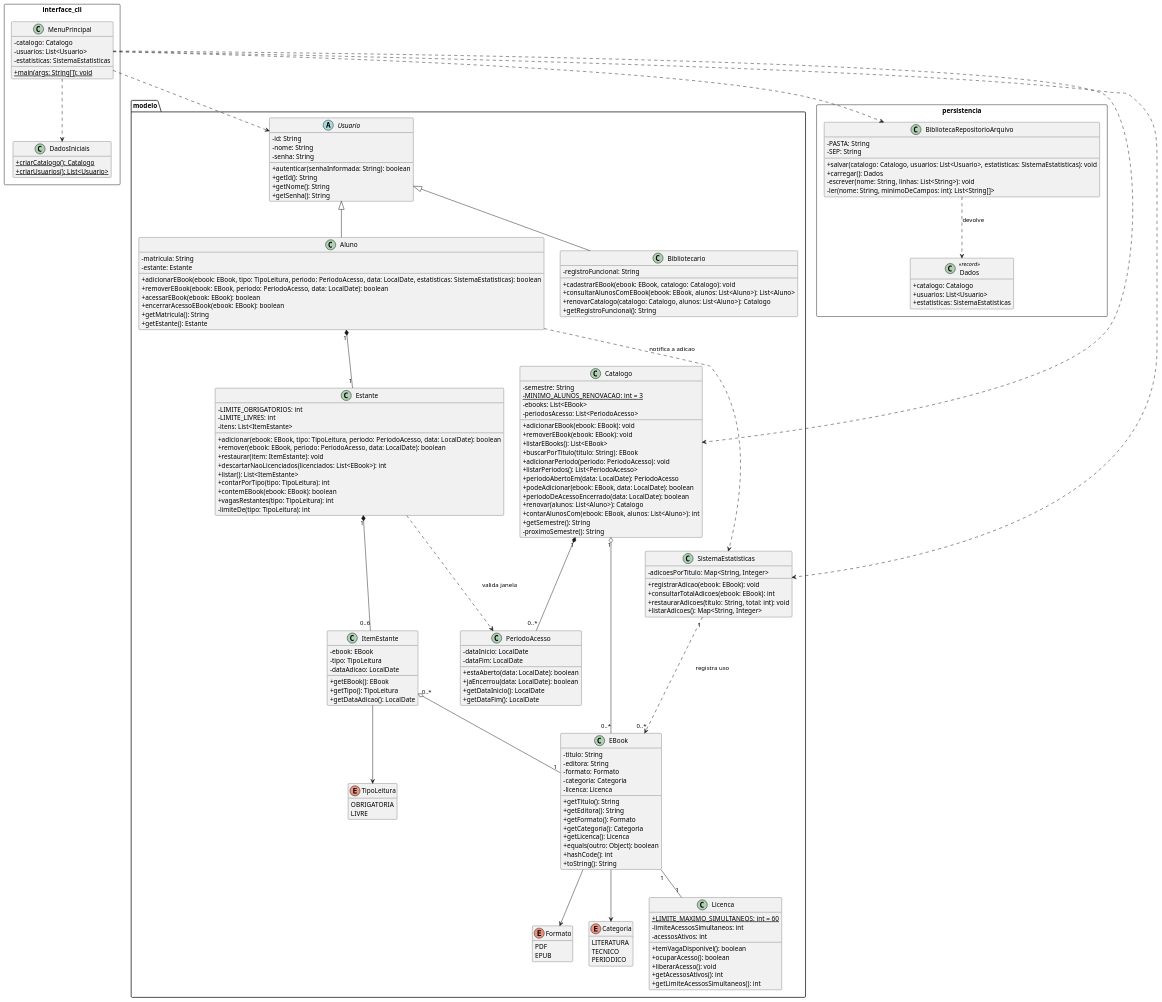
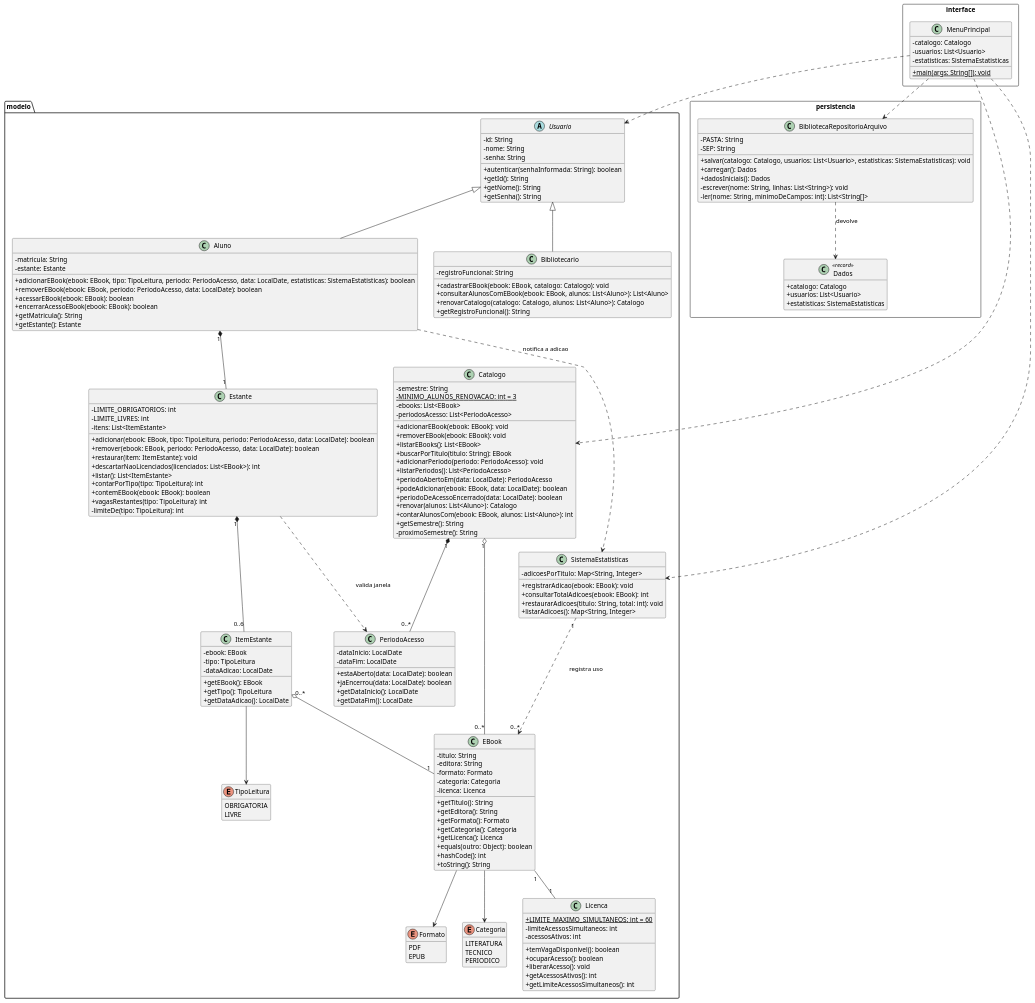
Before and after one commit to fillmello/lab01-ebooks-biblioteca: the diagram in docs/diagramas/diagrama-de-classes.puml, drawn with PlantUML. The commit also changed 5 other files, not shown here.

```diff
--- a/docs/diagramas/diagrama-de-classes.puml
+++ b/docs/diagramas/diagrama-de-classes.puml
@@ -146,16 +146,12 @@
 }
 
 ' ===== Interface e persistencia, acrescentadas na Sprint 3 =====
-package interface_cli <<Rectangle>> {
+package interface <<Rectangle>> {
   class MenuPrincipal {
     -catalogo: Catalogo
     -usuarios: List<Usuario>
     -estatisticas: SistemaEstatisticas
     +{static} main(args: String[]): void
-  }
-  class DadosIniciais {
-    +{static} criarCatalogo(): Catalogo
-    +{static} criarUsuarios(): List<Usuario>
   }
 }
 
@@ -165,6 +161,7 @@
     -SEP: String
     +salvar(catalogo: Catalogo, usuarios: List<Usuario>, estatisticas: SistemaEstatisticas): void
     +carregar(): Dados
+    +dadosIniciais(): Dados
     -escrever(nome: String, linhas: List<String>): void
     -ler(nome: String, minimoDeCampos: int): List<String[]>
   }
@@ -199,7 +196,6 @@
 MenuPrincipal ..> Usuario
 MenuPrincipal ..> Catalogo
 MenuPrincipal ..> SistemaEstatisticas
-MenuPrincipal ..> DadosIniciais
 MenuPrincipal ..> BibliotecaRepositorioArquivo
 
 @enduml
```
